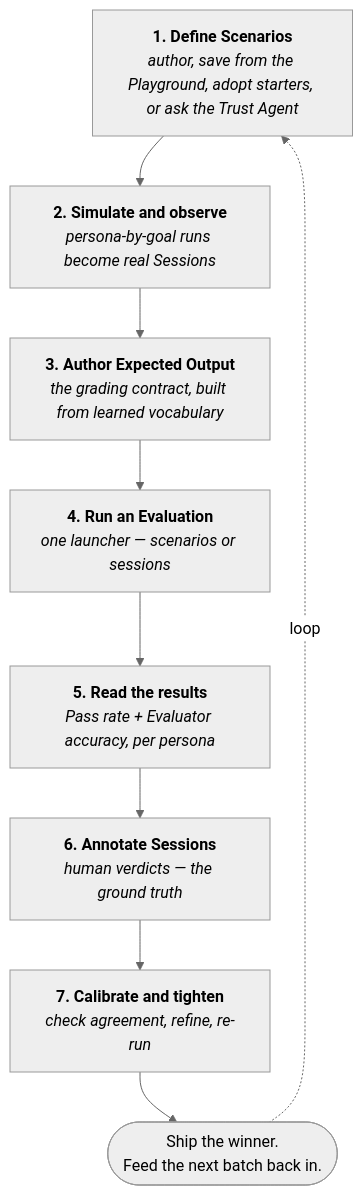
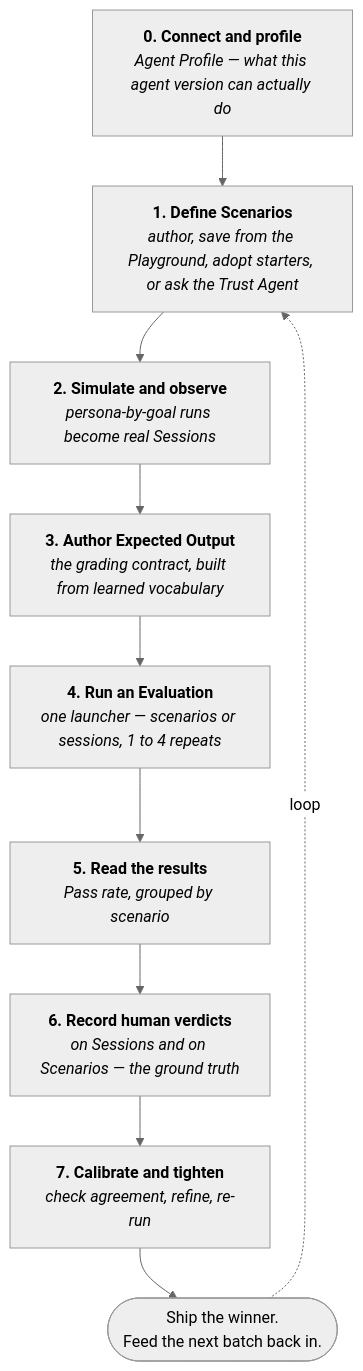
One commit to Provar-TrustAI/docs changed the diagram in concepts/evaluation-loop.mdx. Above: the diagram before and after it, drawn with Mermaid (neutral theme). The commit also changed other lines of this file, not shown here.

First line of the commit message:
docs(concepts): correct 7 stale claims on the evaluation loop (DEV-6204)

````diff
--- a/concepts/evaluation-loop.mdx
+++ b/concepts/evaluation-loop.mdx
@@ -15,20 +15,22 @@
 ```mermaid
 flowchart TD
+    P["<b>0. Connect and profile</b><br/><i>Agent Profile — what this agent version can actually do</i>"]
     S1["<b>1. Define Scenarios</b><br/><i>author, save from the Playground, adopt starters, or ask the Trust Agent</i>"]
     S2["<b>2. Simulate and observe</b><br/><i>persona-by-goal runs become real Sessions</i>"]
     S3["<b>3. Author Expected Output</b><br/><i>the grading contract, built from learned vocabulary</i>"]
-    S4["<b>4. Run an Evaluation</b><br/><i>one launcher — scenarios or sessions</i>"]
-    S5["<b>5. Read the results</b><br/><i>Pass rate + Evaluator accuracy, per persona</i>"]
-    S6["<b>6. Annotate Sessions</b><br/><i>human verdicts — the ground truth</i>"]
+    S4["<b>4. Run an Evaluation</b><br/><i>one launcher — scenarios or sessions, 1 to 4 repeats</i>"]
+    S5["<b>5. Read the results</b><br/><i>Pass rate, grouped by scenario</i>"]
+    S6["<b>6. Record human verdicts</b><br/><i>on Sessions and on Scenarios — the ground truth</i>"]
     S7["<b>7. Calibrate and tighten</b><br/><i>check agreement, refine, re-run</i>"]
     SHIP(["Ship the winner.<br/>Feed the next batch back in."])
 
+    P --> S1
     S1 --> S2
     S2 --> S3
     S3 --> S4
     S4 --> S5
     S5 --> S6
     S6 --> S7
     S7 --> SHIP
     SHIP -.->|loop| S1
 ```
````
